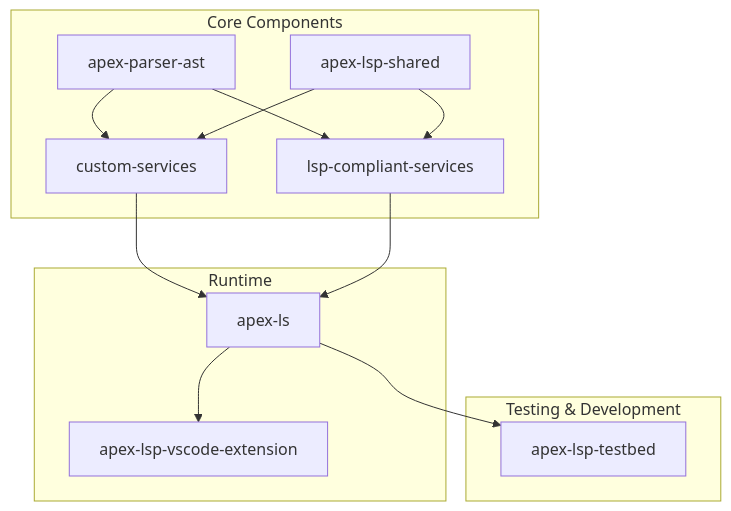
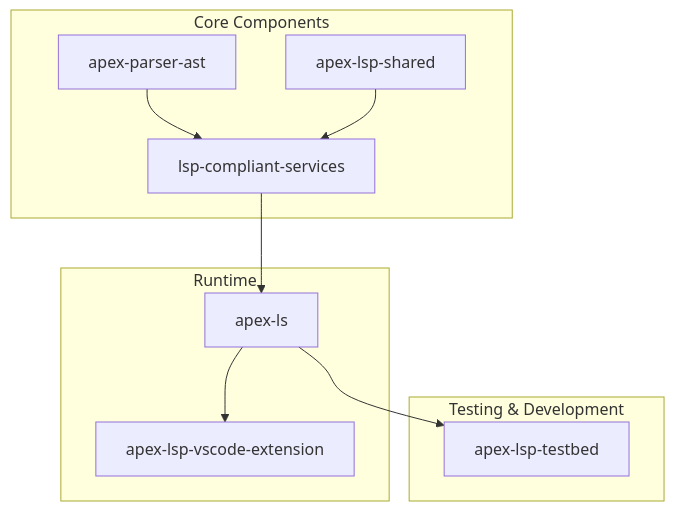
One commit to forcedotcom/apex-language-support changed the first of 2 diagrams in README.md. Above: the diagram before and after it, drawn with Mermaid. The commit also changed other lines of this file and 26 other files, not shown here.

Commit message:
chore: remove custom-services package

````diff
--- a/README.md
+++ b/README.md
@@ -11,32 +11,28 @@
 ```mermaid
 graph TD
     subgraph "Core Components"
         apex-parser-ast[apex-parser-ast]
-        custom-services[custom-services]
         lsp-compliant-services[lsp-compliant-services]
         apex-lsp-shared[apex-lsp-shared]
     end
 
     subgraph "Runtime"
         apex-ls[apex-ls]
         apex-lsp-vscode-extension[apex-lsp-vscode-extension]
     end
 
     subgraph "Testing & Development"
         apex-lsp-testbed[apex-lsp-testbed]
     end
 
     %% Core dependencies
-    apex-parser-ast --> custom-services
     apex-parser-ast --> lsp-compliant-services
-    apex-lsp-shared --> custom-services
     apex-lsp-shared --> lsp-compliant-services
 
     %% Runtime implementation
-    custom-services --> apex-ls
     lsp-compliant-services --> apex-ls
     apex-ls --> apex-lsp-vscode-extension
 
     %% Testing dependencies
     apex-ls --> apex-lsp-testbed
 ```
````
